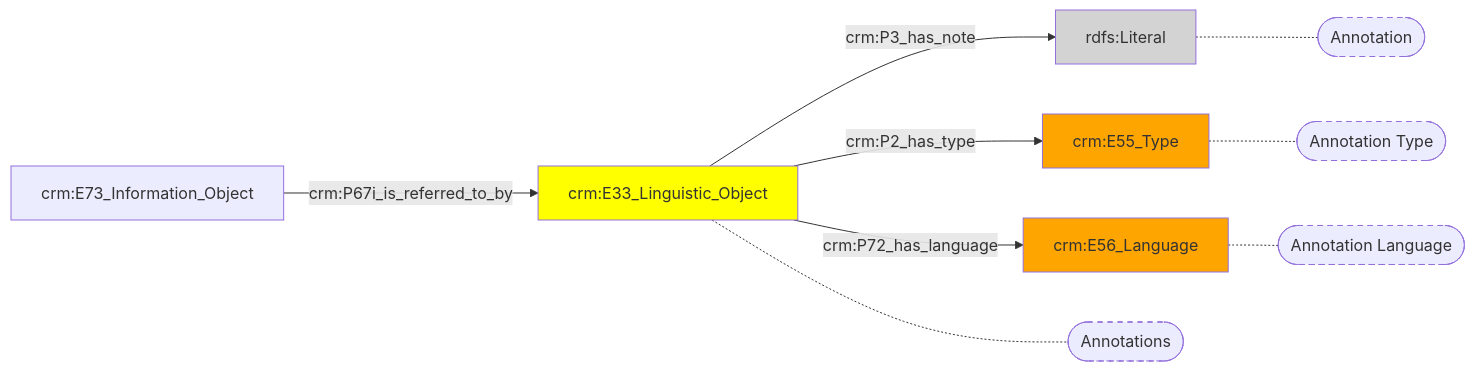
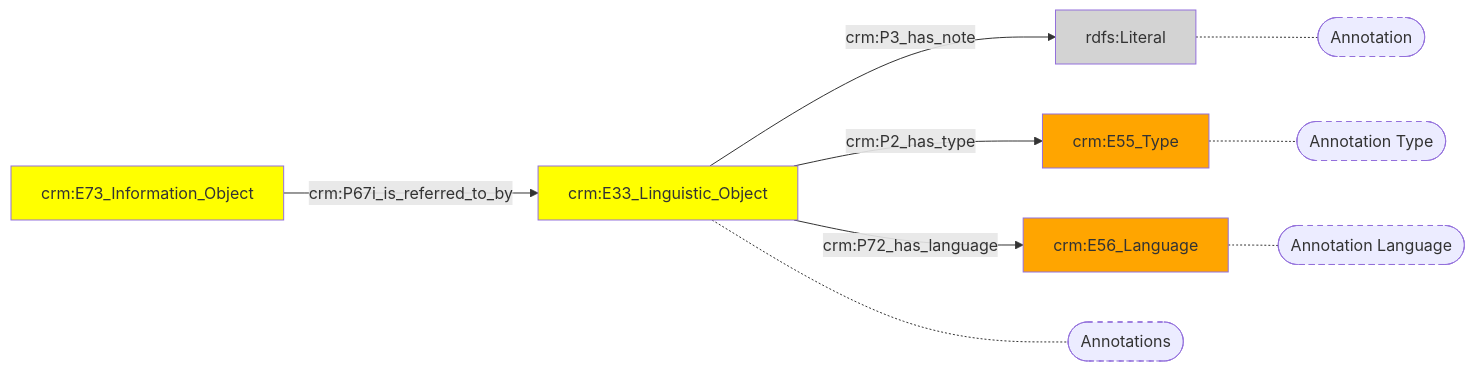
Before and after one commit to digipolisantwerpdocumentation/antwerp-cultureel-erfgoed: the diagram in docs/content/modellen/ArchiefItemImmaterieel/Aantekeningen.md, drawn with Mermaid. The commit also changed 32 other files, not shown here.

````diff
--- a/docs/content/modellen/ArchiefItemImmaterieel/Aantekeningen.md
+++ b/docs/content/modellen/ArchiefItemImmaterieel/Aantekeningen.md
@@ -1,19 +1,20 @@
 ```mermaid
 graph LR
 2f6343a6-a5fe-11ec-b19f-9cf387da2c40["crm:E33_Linguistic_Object"]-->|"crm:P3_has_note"|2f636980-a5fe-11ec-b19f-9cf387da2c40(rdfs:Literal)
+2f6343a6-a5fe-11ec-b19f-9cf387da2c40["crm:E33_Linguistic_Object"]-->|"crm:P2_has_type"|2f63aa3a-a5fe-11ec-b19f-9cf387da2c40["crm:E55_Type"]
+2f6343a6-a5fe-11ec-b19f-9cf387da2c40["crm:E33_Linguistic_Object"]-->|"crm:P72_has_language"|2f63aae4-a5fe-11ec-b19f-9cf387da2c40["crm:E56_Language"]
+2f63ae40-a5fe-11ec-b19f-9cf387da2c40["crm:E73_Information_Object"]-->|"crm:P67i_is_referred_to_by"|2f6343a6-a5fe-11ec-b19f-9cf387da2c40["crm:E33_Linguistic_Object"]
 2f63aa3a-a5fe-11ec-b19f-9cf387da2c40["crm:E55_Type"]-.-2f63aa3a-a5fe-11ec-b19f-9cf387da2c40_s(["Annotation Type"])
 2f636980-a5fe-11ec-b19f-9cf387da2c40["rdfs:Literal"]-.-2f636980-a5fe-11ec-b19f-9cf387da2c40_s(["Annotation"])
 2f63aae4-a5fe-11ec-b19f-9cf387da2c40["crm:E56_Language"]-.-2f63aae4-a5fe-11ec-b19f-9cf387da2c40_s(["Annotation Language"])
 2f6343a6-a5fe-11ec-b19f-9cf387da2c40["crm:E33_Linguistic_Object"]-.-2f6343a6-a5fe-11ec-b19f-9cf387da2c40_s(["Annotations"])
 style 2f63aa3a-a5fe-11ec-b19f-9cf387da2c40_s stroke-dasharray: 5
 style 2f636980-a5fe-11ec-b19f-9cf387da2c40_s stroke-dasharray: 5
 style 2f63aae4-a5fe-11ec-b19f-9cf387da2c40_s stroke-dasharray: 5
 style 2f6343a6-a5fe-11ec-b19f-9cf387da2c40_s stroke-dasharray: 5
 style 2f6343a6-a5fe-11ec-b19f-9cf387da2c40 fill:#ffff00
 style 2f636980-a5fe-11ec-b19f-9cf387da2c40 fill:#D3D3D3
 style 2f63aa3a-a5fe-11ec-b19f-9cf387da2c40 fill:#ffa500
 style 2f63aae4-a5fe-11ec-b19f-9cf387da2c40 fill:#ffa500
-2f6343a6-a5fe-11ec-b19f-9cf387da2c40["crm:E33_Linguistic_Object"]-->|"crm:P2_has_type"|2f63aa3a-a5fe-11ec-b19f-9cf387da2c40["crm:E55_Type"]
-2f6343a6-a5fe-11ec-b19f-9cf387da2c40["crm:E33_Linguistic_Object"]-->|"crm:P72_has_language"|2f63aae4-a5fe-11ec-b19f-9cf387da2c40["crm:E56_Language"]
-2f63ae40-a5fe-11ec-b19f-9cf387da2c40["crm:E73_Information_Object"]-->|"crm:P67i_is_referred_to_by"|2f6343a6-a5fe-11ec-b19f-9cf387da2c40["crm:E33_Linguistic_Object"]
+style 2f63ae40-a5fe-11ec-b19f-9cf387da2c40 fill:#ffff00
 ```
````
